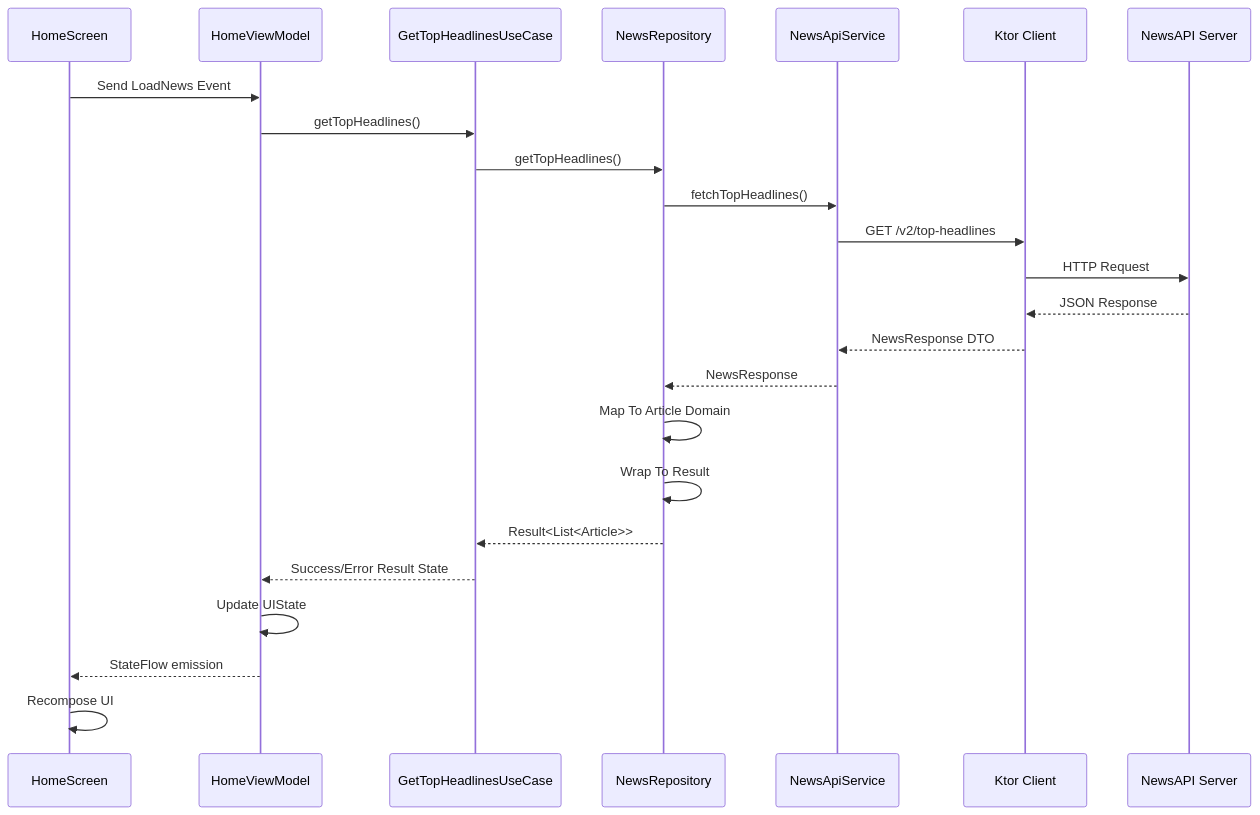
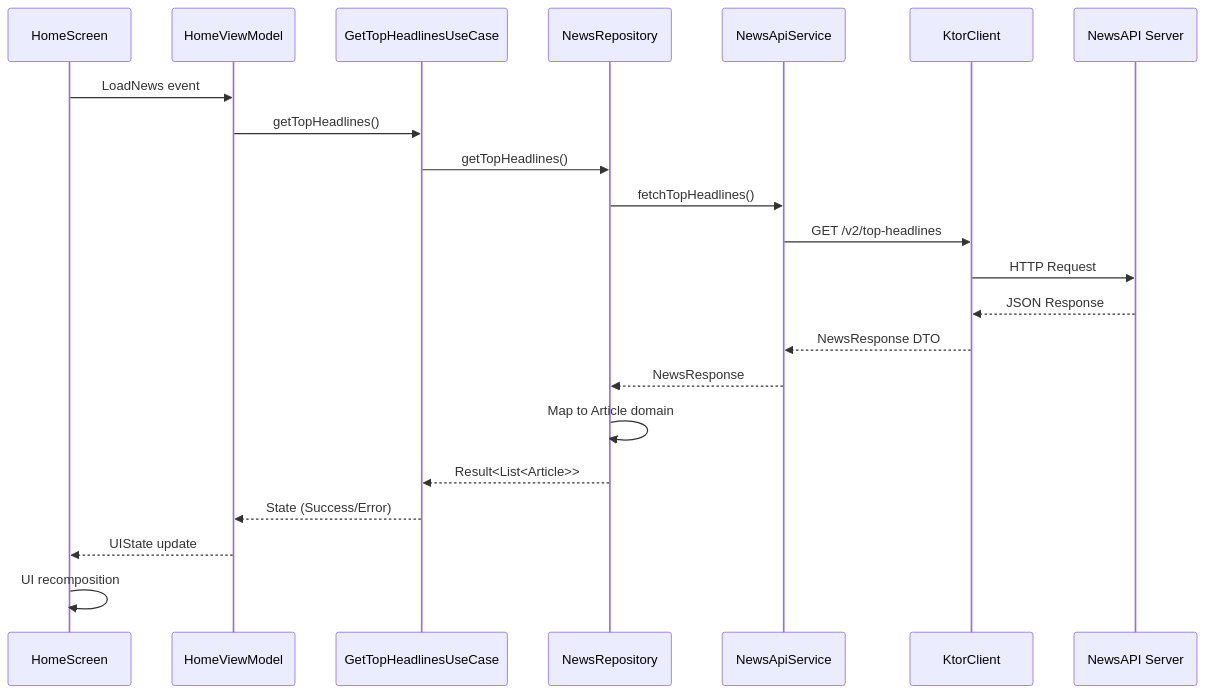
Before and after one commit to mtlabdo/Newsly: the second of 3 diagrams in README.md, drawn with Mermaid. The commit also changed other lines of this file, not shown here.

````diff
--- a/README.md
+++ b/README.md
@@ -108,27 +108,25 @@
 ```mermaid
 sequenceDiagram
     participant HS as HomeScreen
     participant HVM as HomeViewModel
     participant UC as GetTopHeadlinesUseCase
-    participant R as NewsRepository
-    participant API as NewsApiService
-    participant KC as Ktor Client
+    participant NR as NewsRepository
+    participant NAS as NewsApiService
+    participant KC as KtorClient
     participant NA as NewsAPI Server
-    
-    HS->>HVM: Send LoadNews Event
+
+    HS->>HVM: LoadNews event
     HVM->>UC: getTopHeadlines()
-    UC->>R: getTopHeadlines()
-    R->>API: fetchTopHeadlines()
-    API->>KC: GET /v2/top-headlines
+    UC->>NR: getTopHeadlines()
+    NR->>NAS: fetchTopHeadlines()
+    NAS->>KC: GET /v2/top-headlines
     KC->>NA: HTTP Request
     NA-->>KC: JSON Response
-    KC-->>API: NewsResponse DTO
-    API-->>R: NewsResponse
-    R->>R: Map To Article Domain
-    R->>R: Wrap To Result
-    R-->>UC: Result<List<Article>>
-    UC-->>HVM: Success/Error Result State
-    HVM->>HVM: Update UIState
-    HVM-->>HS: StateFlow emission
-    HS->>HS: Recompose UI
+    KC-->>NAS: NewsResponse DTO
+    NAS-->>NR: NewsResponse
+    NR->>NR: Map to Article domain
+    NR-->>UC: Result<List<Article>>
+    UC-->>HVM: State (Success/Error)
+    HVM-->>HS: UIState update
+    HS->>HS: UI recomposition
 ```
````
